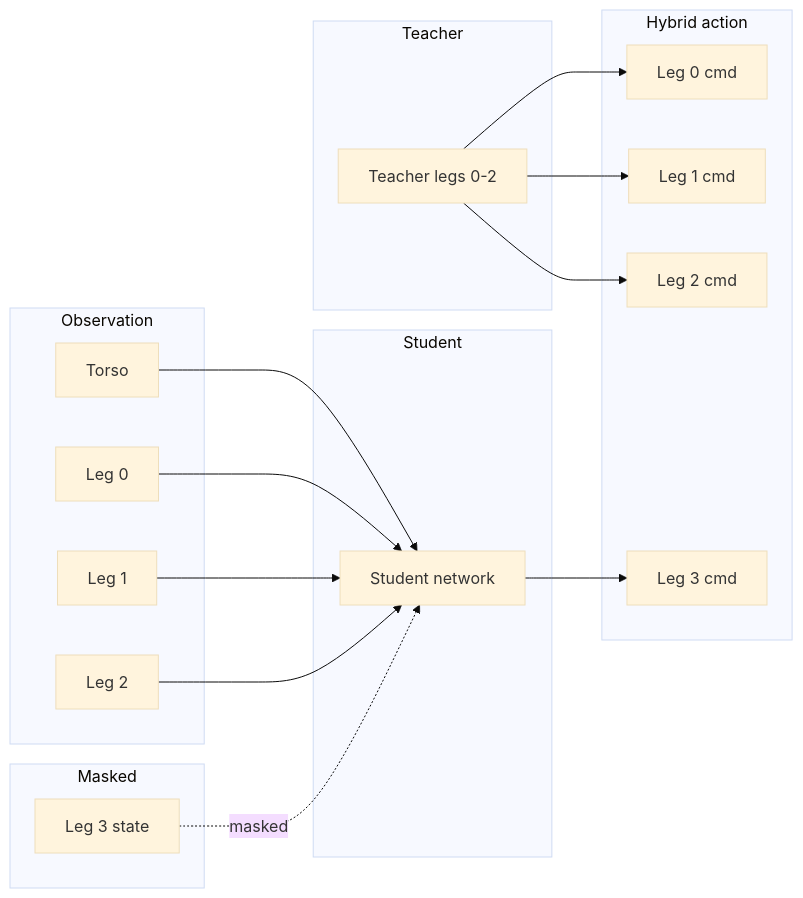
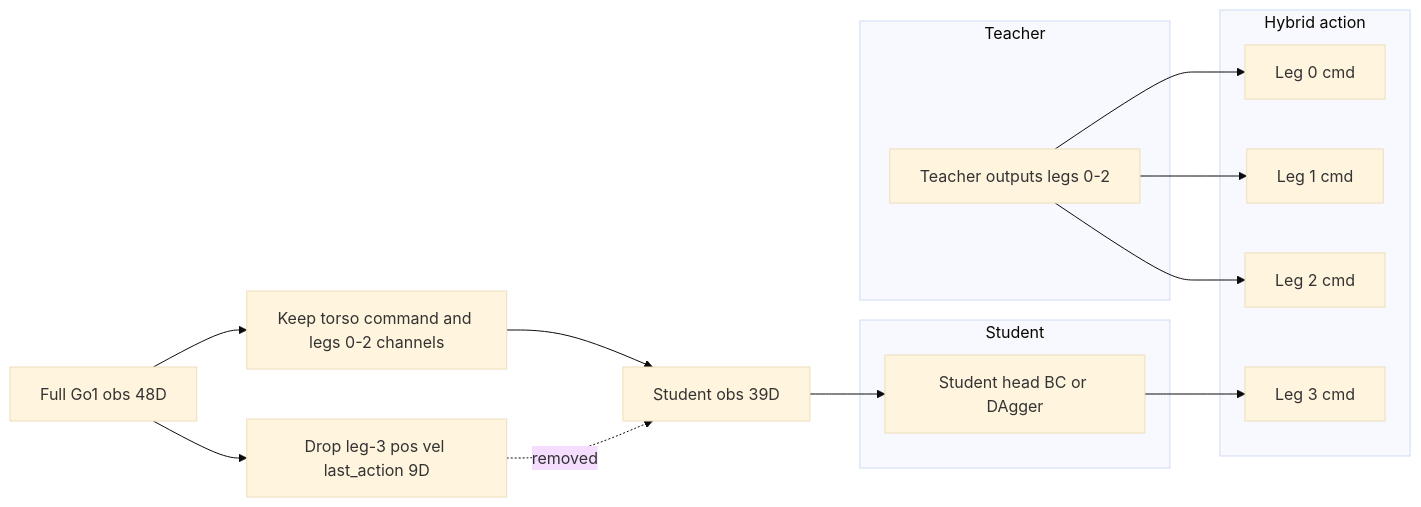
The second of 3 diagrams in README.md (wartelth/Bark), drawn with Mermaid (base theme) before and after one commit. The commit also changed other lines of this file, not shown here.

````diff
--- a/README.md
+++ b/README.md
@@ -115,33 +115,28 @@
 ```mermaid
 flowchart LR
-  subgraph obs [Observation]
-    Torso[Torso]
-    Leg0[Leg 0]
-    Leg1[Leg 1]
-    Leg2[Leg 2]
-  end
-  subgraph hidden [Masked]
-    Leg3Obs[Leg 3 state]
-  end
+  FullObs[Full Go1 obs 48D]
+  Keep[Keep torso command and legs 0-2 channels]
+  Drop[Drop leg-3 pos vel last_action 9D]
+  StudentObs[Student obs 39D]
   subgraph teacher [Teacher]
-    T012[Teacher legs 0-2]
+    T012[Teacher outputs legs 0-2]
   end
   subgraph student [Student]
-    NN[Student network]
+    NN[Student head BC or DAgger]
   end
   subgraph merge [Hybrid action]
     A0[Leg 0 cmd]
     A1[Leg 1 cmd]
     A2[Leg 2 cmd]
     A3[Leg 3 cmd]
   end
-  Torso --> NN
-  Leg0 --> NN
-  Leg1 --> NN
-  Leg2 --> NN
+  FullObs --> Keep
+  FullObs --> Drop
+  Keep --> StudentObs
+  Drop -. removed .-> StudentObs
+  StudentObs --> NN
   T012 --> A0
   T012 --> A1
   T012 --> A2
   NN --> A3
-  Leg3Obs -.->|"masked"| NN
 ```
````
